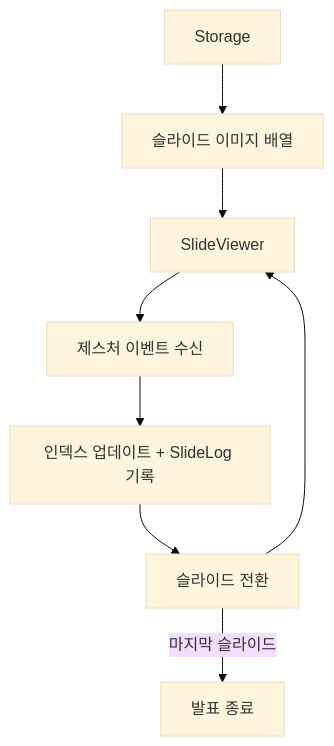
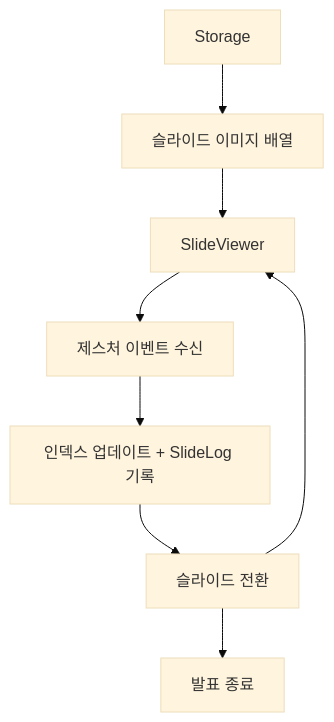
The second of 2 diagrams in DSD.md (aikian/presentation), drawn with Mermaid (base theme) before and after one commit. The commit also changed other lines of this file, not shown here.

````diff
--- a/DSD.md
+++ b/DSD.md
@@ -394,10 +398,10 @@
 ```mermaid
 flowchart TD
     A[Storage] --> B[슬라이드 이미지 배열]
     B --> C[SlideViewer]
     C --> D[제스처 이벤트 수신]
     D --> E[인덱스 업데이트 + SlideLog 기록]
     E --> F[슬라이드 전환]
     F --> C
-    F --> |마지막 슬라이드| G[발표 종료]
+    F --> G[발표 종료]
 ```
````
